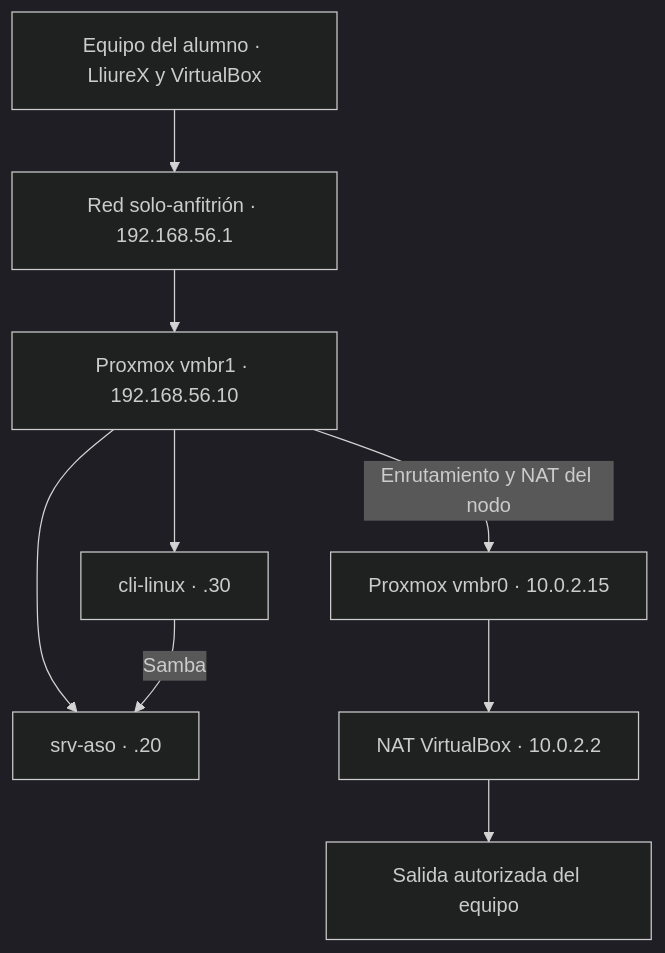
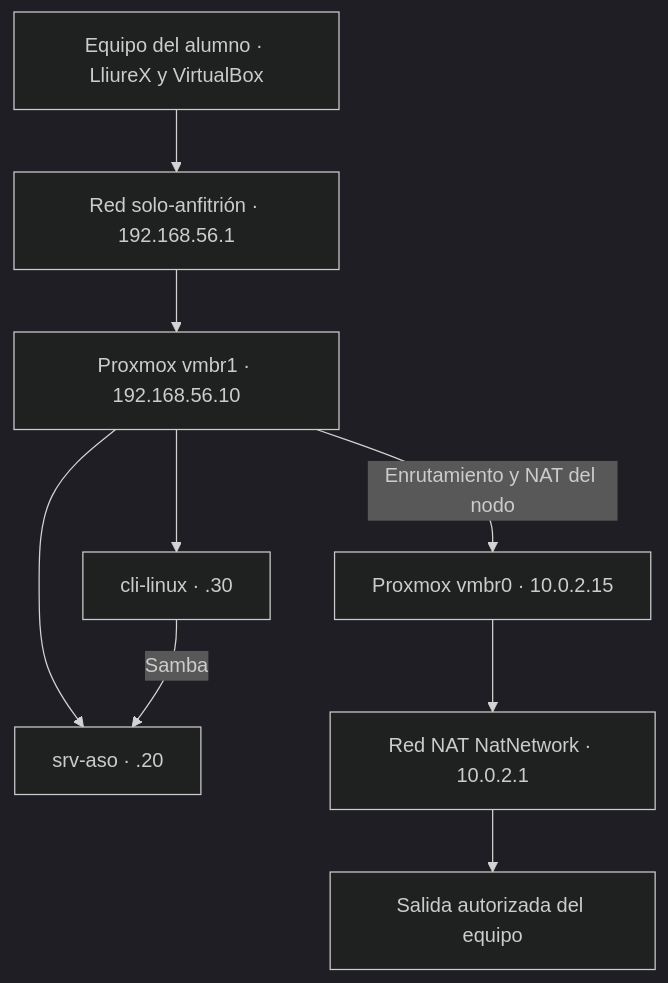
The diagram in docs/proxmox/virtualbox.md (jmarlu/PI), drawn with Mermaid (dark theme) before and after one commit. The commit also changed other lines of this file and 7 other files, not shown here.

Commit message:
Unifica la red del proyecto con NatNetwork y dos puentes

```diff
--- a/docs/proxmox/virtualbox.md
+++ b/docs/proxmox/virtualbox.md
@@ -161,11 +169,11 @@
 ~~~mermaid
 flowchart TD
     H["Equipo del alumno · LliureX y VirtualBox"] --> A["Red solo-anfitrión · 192.168.56.1"]
     A --> L["Proxmox vmbr1 · 192.168.56.10"]
     L --> S["srv-aso · .20"]
     L --> C["cli-linux · .30"]
     C -->|"Samba"| S
     L -->|"Enrutamiento y NAT del nodo"| W["Proxmox vmbr0 · 10.0.2.15"]
-    W --> V["NAT VirtualBox · 10.0.2.2"]
+    W --> V["Red NAT NatNetwork · 10.0.2.1"]
     V --> I["Salida autorizada del equipo"]
 ~~~
```
